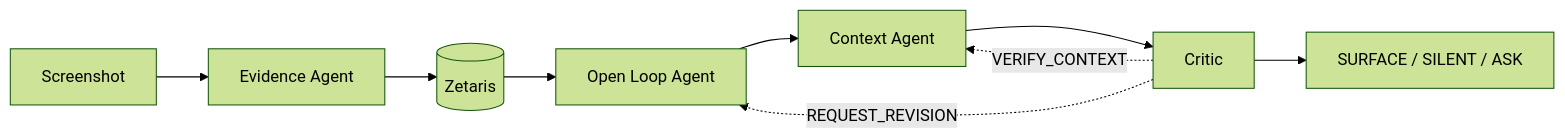
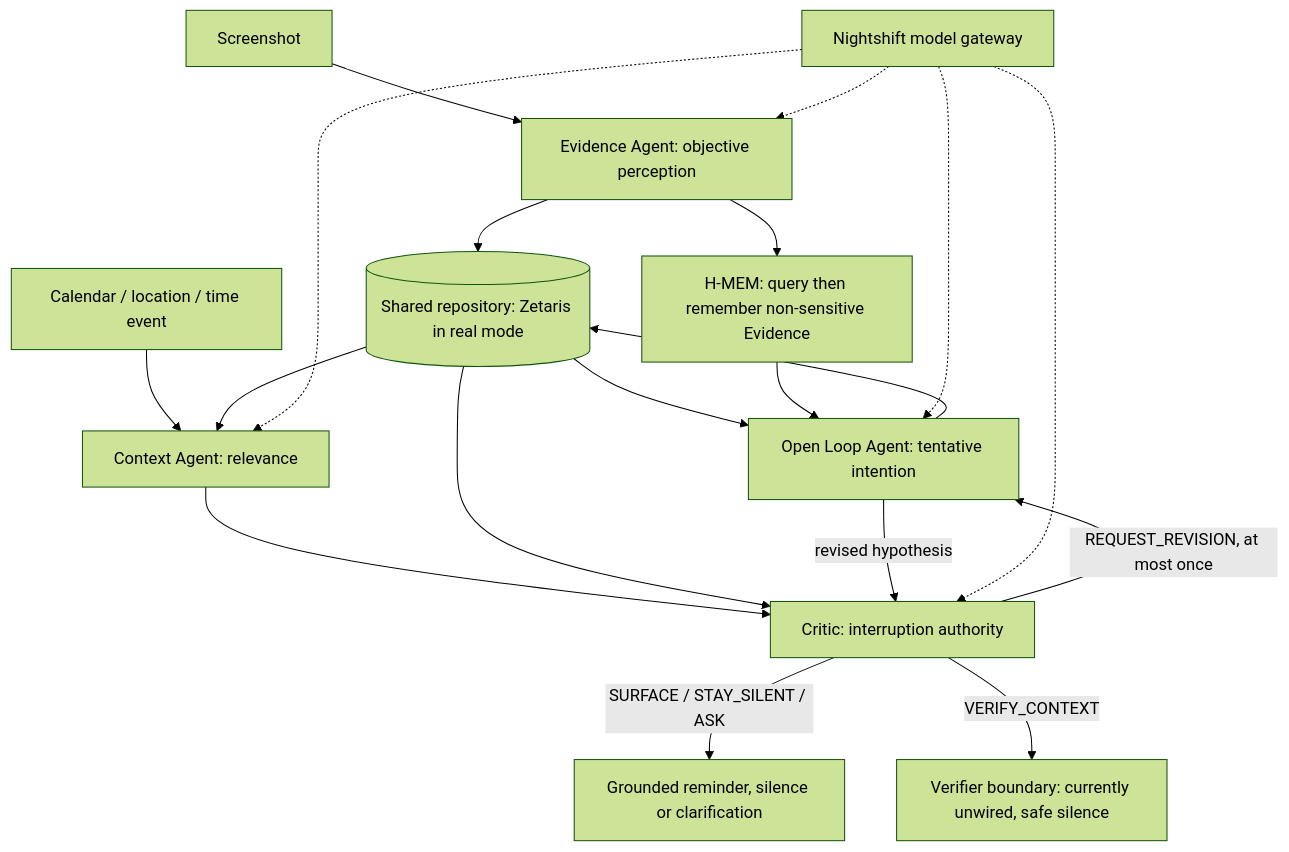
One commit to daffa-athallah/pingo changed the diagram in README.md. Above: the diagram before and after it, drawn with Mermaid (forest theme). The commit also changed other lines of this file and 84 other files, not shown here.

First line of the commit message:
Add recorded-example guide, agent traces, examples and impact evidence for judges

````diff
--- a/README.md
+++ b/README.md
@@ -5,7 +68,21 @@
 ```mermaid
-flowchart LR
-  S[Screenshot] --> E[Evidence Agent] --> Z[(Zetaris)] --> O[Open Loop Agent] --> C[Context Agent] --> K[Critic]
-  K --> R[SURFACE / SILENT / ASK]
-  K -.->|REQUEST_REVISION| O
-  K -.->|VERIFY_CONTEXT| C
+flowchart TD
+    S[Screenshot] --> E[Evidence Agent: objective perception]
+    E --> R[(Shared repository: Zetaris in real mode)]
+    E --> M[H-MEM: query then remember non-sensitive Evidence]
+    R --> O[Open Loop Agent: tentative intention]
+    M --> O
+    O --> R
+    C[Calendar / location / time event] --> X[Context Agent: relevance]
+    R --> X
+    X --> K[Critic: interruption authority]
+    R --> K
+    K -->|REQUEST_REVISION, at most once| O
+    O -->|revised hypothesis| K
+    K -->|SURFACE / STAY_SILENT / ASK| OUT[Grounded reminder, silence or clarification]
+    K -->|VERIFY_CONTEXT| V[Verifier boundary: currently unwired, safe silence]
+    G[Nightshift model gateway] -.-> E
+    G -.-> O
+    G -.-> X
+    G -.-> K
 ```
````
